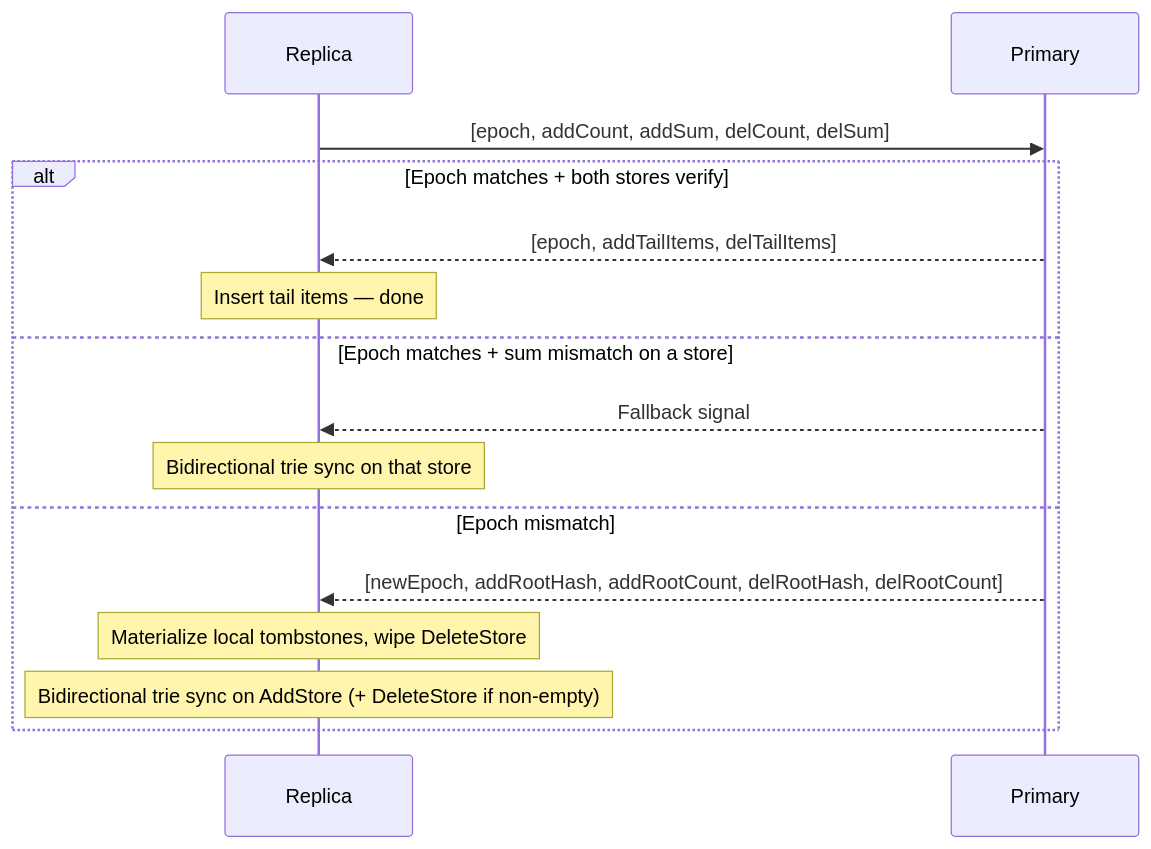
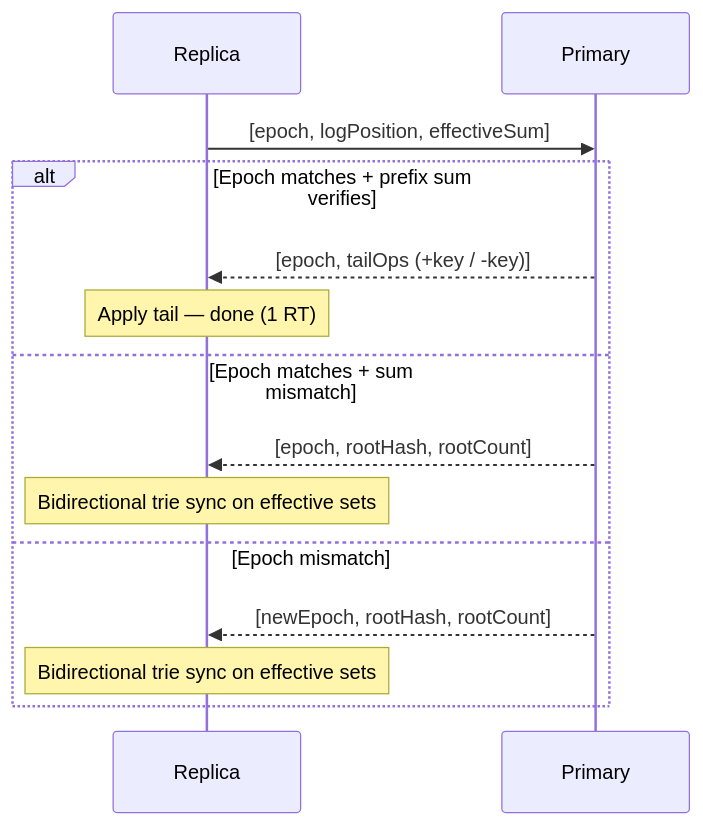
The first of 2 diagrams in SetSum/Sync/README.md (arj03/setsum-cs), drawn with Mermaid before and after one commit. The commit also changed other lines of this file and 5 other files, not shown here.

Commit message:
Use effective set instead of a separate store for add + delete

````diff
--- a/SetSum/Sync/README.md
+++ b/SetSum/Sync/README.md
@@ -39,19 +50,18 @@
 ```mermaid
 sequenceDiagram
     participant R as Replica
     participant P as Primary
 
-    R->>P: [epoch, addCount, addSum, delCount, delSum]
+    R->>P: [epoch, logPosition, effectiveSum]
 
-    alt Epoch matches + both stores verify
-        P-->>R: [epoch, addTailItems, delTailItems]
-        Note over R: Insert tail items — done
-    else Epoch matches + sum mismatch on a store
-        P-->>R: Fallback signal
-        Note over R: Bidirectional trie sync on that store
+    alt Epoch matches + prefix sum verifies
+        P-->>R: [epoch, tailOps (+key / -key)]
+        Note over R: Apply tail — done (1 RT)
+    else Epoch matches + sum mismatch
+        P-->>R: [epoch, rootHash, rootCount]
+        Note over R: Bidirectional trie sync on effective sets
     else Epoch mismatch
-        P-->>R: [newEpoch, addRootHash, addRootCount, delRootHash, delRootCount]
-        Note over R: Materialize local tombstones, wipe DeleteStore
-        Note over R: Bidirectional trie sync on AddStore (+ DeleteStore if non-empty)
+        P-->>R: [newEpoch, rootHash, rootCount]
+        Note over R: Bidirectional trie sync on effective sets
     end
 ```
````
